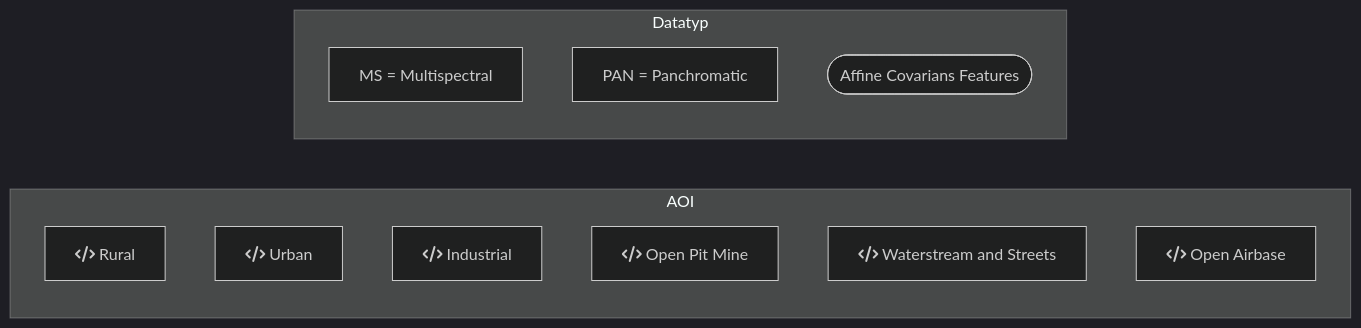
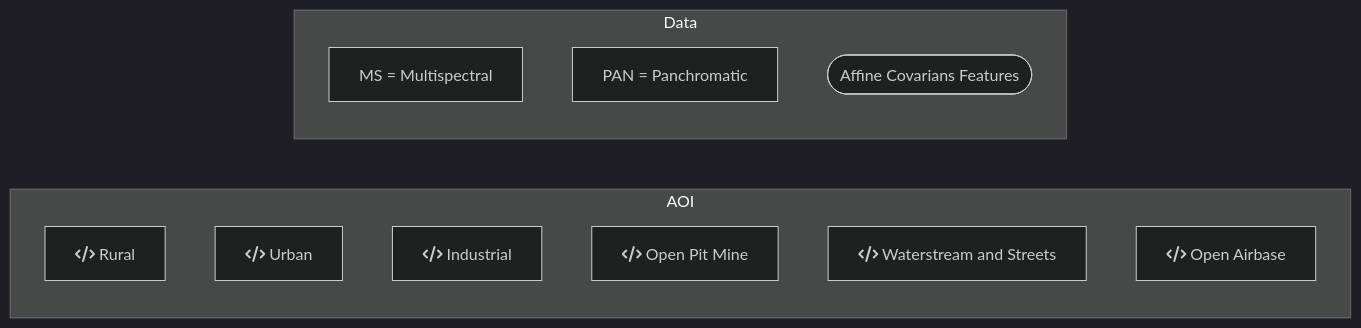
Before and after one commit to DippoldEJ/Feature-Detection-and-Explanation: the diagram in Application/README.md, drawn with Mermaid (dark theme).

````diff
--- a/Application/README.md
+++ b/Application/README.md
@@ -13,20 +13,20 @@
 ```mermaid
 flowchart LR;
 
 subgraph AOI
     a[fa:fa-code Rural]
     b[fa:fa-code Urban]
     c[fa:fa-code Industrial]
     d[fa:fa-code Open Pit Mine]
     e[fa:fa-code Waterstream and Streets]
     f[fa:fa-code Open Airbase]
     end
 
- subgraph Datatyp
+ subgraph Data
         g[MS = Multispectral]
         h[PAN = Panchromatic]
         i([Affine Covarians Features])
     end
 
 
 ```
````
